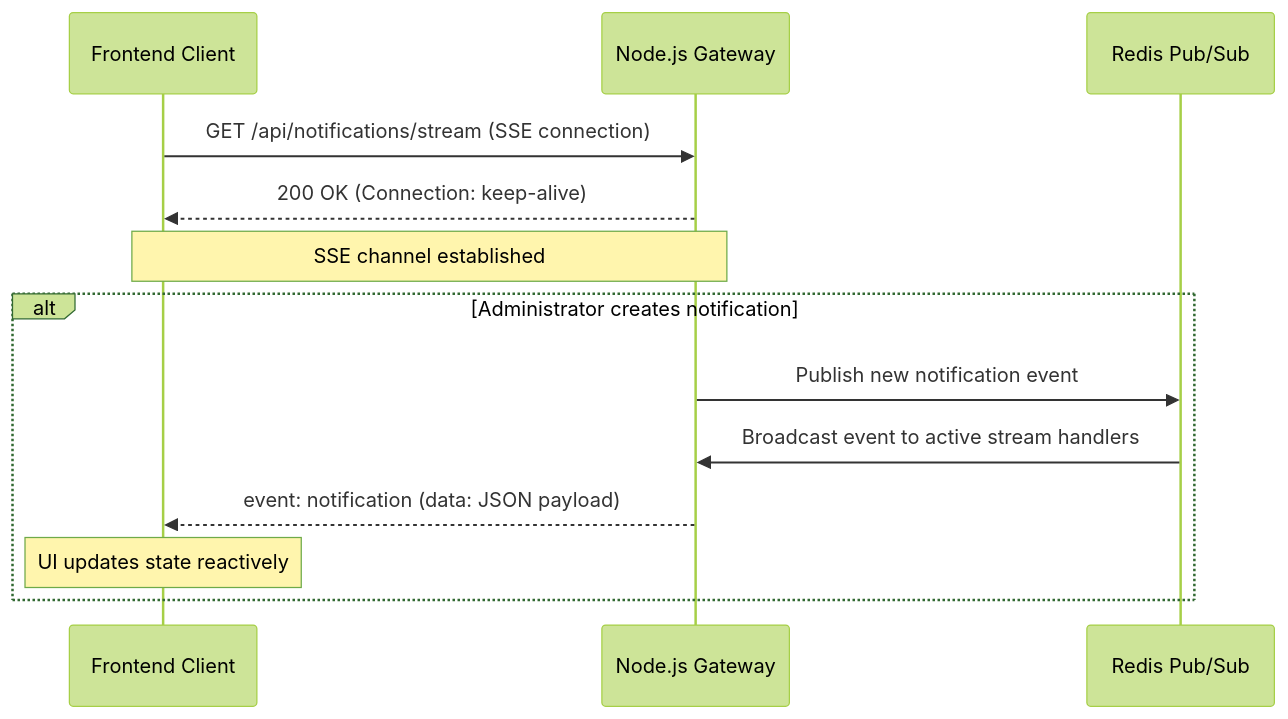
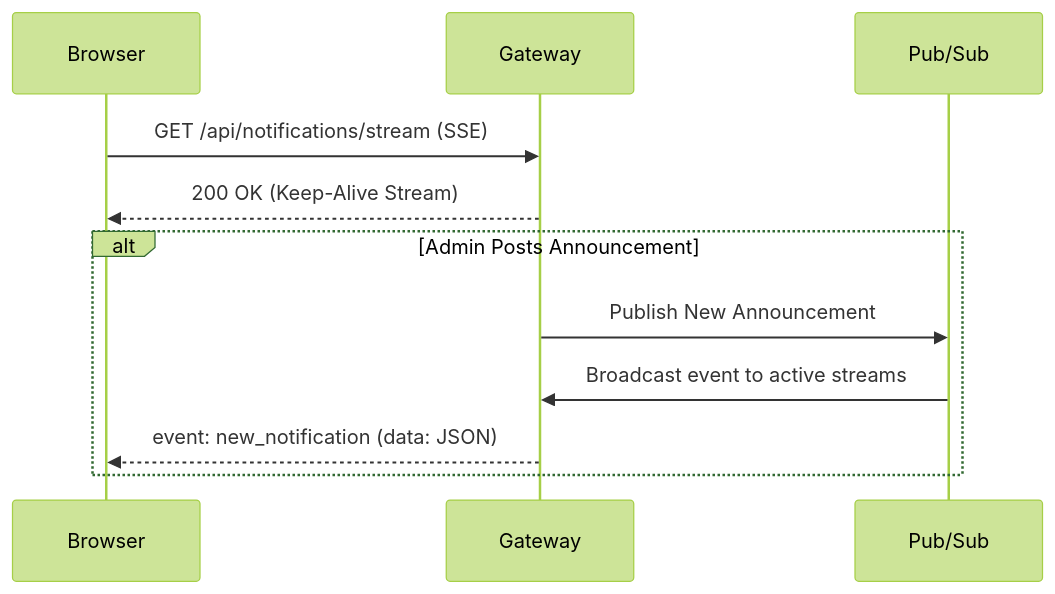
Before and after one commit to aditya-singh-18/2303051050043: the diagram in notification-system-design.md, drawn with Mermaid (forest theme). The commit also changed other lines of this file and 6 other files, not shown here.

````diff
--- a/notification-system-design.md
+++ b/notification-system-design.md
@@ -144,17 +65,15 @@
 ```mermaid
 sequenceDiagram
-    participant Client as Frontend Client
-    participant Server as Node.js Gateway
-    participant Redis as Redis Pub/Sub
+    participant Client as Browser
+    participant Server as Gateway
+    participant Redis as Pub/Sub
 
-    Client->>Server: GET /api/notifications/stream (SSE connection)
-    Server-->>Client: 200 OK (Connection: keep-alive)
-    Note over Client, Server: SSE channel established
-
-    alt Administrator creates notification
-        Server->>Redis: Publish new notification event
-        Redis->>Server: Broadcast event to active stream handlers
-        Server-->>Client: event: notification (data: JSON payload)
-        Note over Client: UI updates state reactively
+    Client->>Server: GET /api/notifications/stream (SSE)
+    Server-->>Client: 200 OK (Keep-Alive Stream)
+    
+    alt Admin Posts Announcement
+        Server->>Redis: Publish New Announcement
+        Redis->>Server: Broadcast event to active streams
+        Server-->>Client: event: new_notification (data: JSON)
     end
 ```
````
